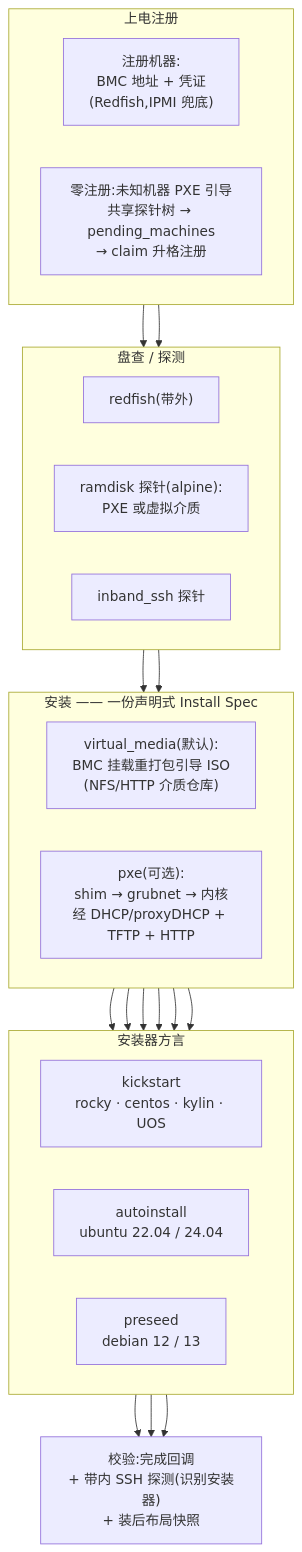
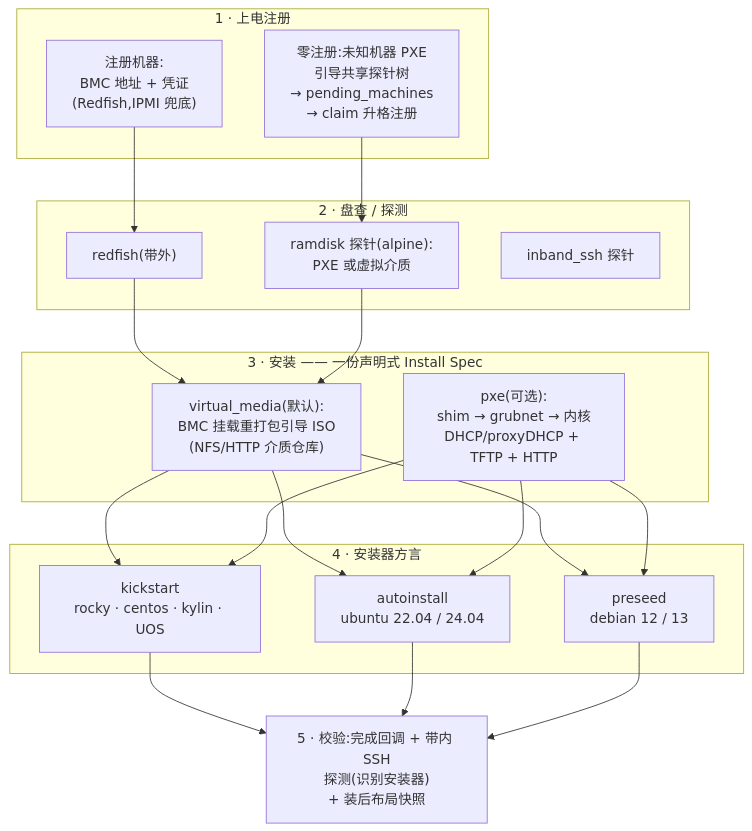
One commit to 3th1nk/mammoth changed the first of 2 diagrams in README.zh-CN.md. Above: the diagram before and after it, drawn with Mermaid. The commit also changed other lines of this file and 1 other file, not shown here.

Commit message:
docs(readme): mermaid 图收窄——子图纵向堆叠、长标签按行重排、边标签缩短,修复横向溢出遮挡

````diff
--- a/README.zh-CN.md
+++ b/README.zh-CN.md
@@ -28,39 +28,35 @@
 ```mermaid
 flowchart TD
-    subgraph ON["上电注册"]
-        direction LR
+    subgraph ON["1 · 上电注册"]
         reg["注册机器:<br/>BMC 地址 + 凭证<br/>(Redfish,IPMI 兜底)"]
-        zr["零注册:未知机器 PXE 引导<br/>共享探针树 → pending_machines<br/>→ claim 升格注册"]
+        zr["零注册:未知机器 PXE<br/>引导共享探针树<br/>→ pending_machines<br/>→ claim 升格注册"]
     end
-    subgraph INV["盘查 / 探测"]
-        direction LR
+    subgraph INV["2 · 盘查 / 探测"]
         rf["redfish(带外)"]
         ram["ramdisk 探针(alpine):<br/>PXE 或虚拟介质"]
         ish["inband_ssh 探针"]
     end
-    subgraph INS["安装 —— 一份声明式 Install Spec"]
-        direction LR
+    subgraph INS["3 · 安装 —— 一份声明式 Install Spec"]
         vm["virtual_media(默认):<br/>BMC 挂载重打包引导 ISO<br/>(NFS/HTTP 介质仓库)"]
-        pxe["pxe(可选):<br/>shim → grubnet → 内核<br/>经 DHCP/proxyDHCP + TFTP + HTTP"]
+        pxe["pxe(可选):<br/>shim → grubnet → 内核<br/>DHCP/proxyDHCP + TFTP + HTTP"]
     end
-    subgraph DIA["安装器方言"]
-        direction LR
+    subgraph DIA["4 · 安装器方言"]
         ks["kickstart<br/>rocky · centos · kylin · UOS"]
         ai["autoinstall<br/>ubuntu 22.04 / 24.04"]
         ps["preseed<br/>debian 12 / 13"]
     end
-    ver["校验:完成回调<br/>+ 带内 SSH 探测(识别安装器)<br/>+ 装后布局快照"]
+    ver["5 · 校验:完成回调 + 带内 SSH<br/>探测(识别安装器)<br/>+ 装后布局快照"]
     reg --> rf
     zr --> ram
     rf --> vm
     ram --> vm
     vm --> ks
     vm --> ai
     vm --> ps
     pxe --> ks
     pxe --> ai
     pxe --> ps
     ks --> ver
     ai --> ver
     ps --> ver
 ```
````
